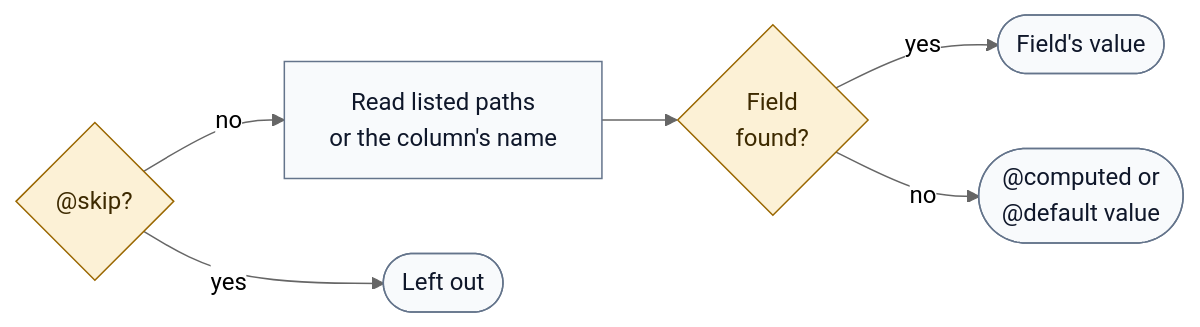
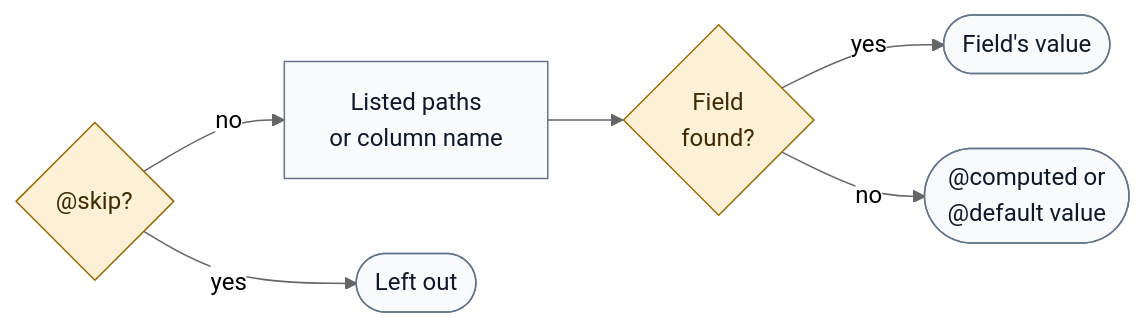
Before and after one commit to hyperi-io/dfe-loader: the diagram in docs/clickhouse/ddl-directives.md, drawn with Mermaid (neutral theme).

Commit message:
docs(clickhouse): shorten the directive diagram's read step
The read step's label wrapped to four lines in the rendered diagram, with "paths" alone on a line. It reads "Listed paths or column name" on two.

````diff
--- a/docs/clickhouse/ddl-directives.md
+++ b/docs/clickhouse/ddl-directives.md
@@ -39,22 +39,22 @@
 ```mermaid
 flowchart LR
     accTitle: L4 Detail -- Column directive resolution
     accDescr: A column marked skip is left out of the insert. Any other column reads the paths its source or renamed directive lists, else the field named like the column. A field found is written. A column with no field found takes its computed or default value.
 
     skip{"@skip?"}
-    read["Read listed paths<br/>or the column's name"]
+    read["Listed paths<br/>or column name"]
     left(["Left out"])
     found{"Field<br/>found?"}
     value(["Field's value"])
     fill(["@computed or<br/>@default value"])
 
     skip -->|no| read
     skip -->|yes| left
     read --> found
     found -->|yes| value
     found -->|no| fill
 
     classDef default fill:#F8FAFC,stroke:#64748B,stroke-width:1px,color:#0F172A
     classDef decision fill:#FCF1D6,stroke:#9A6700,stroke-width:1px,color:#3D2A00
     class skip,found decision
 ```
````
